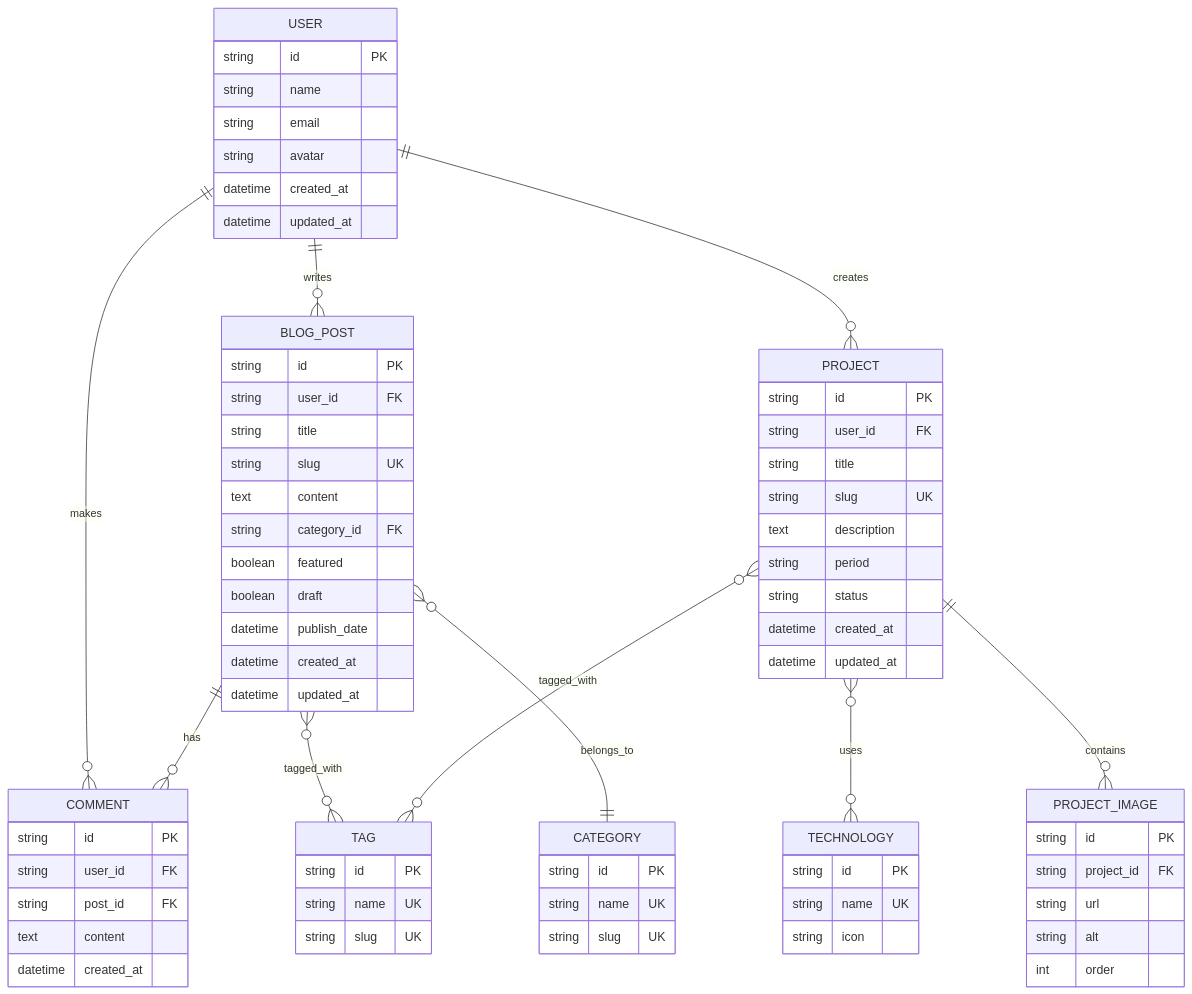
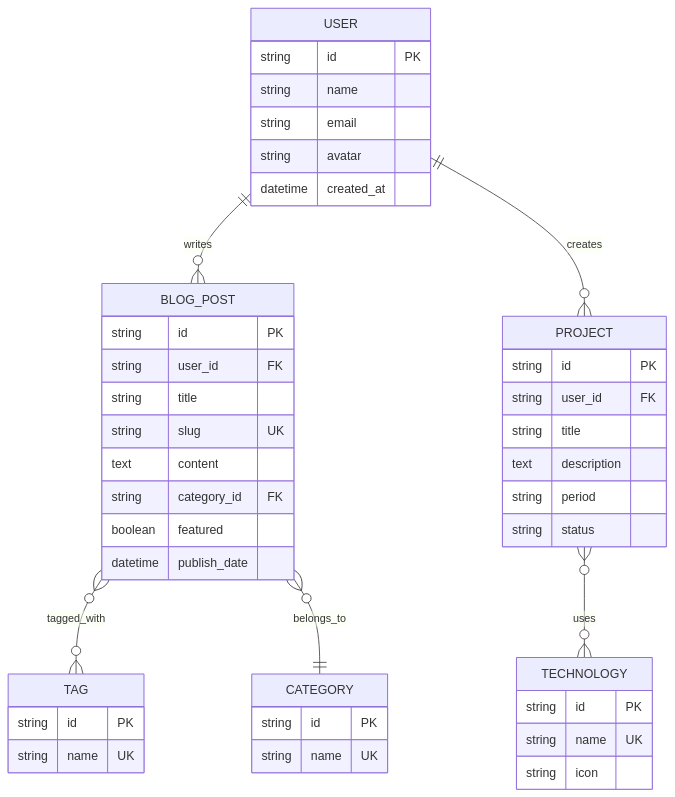
The sixth of 10 diagrams in src/content/blog/mermaid-diagrams-software-development.mdx (nilushan/profile-astro), drawn with Mermaid before and after one commit. The commit also changed other lines of this file and 1 other file, not shown here.

````diff
--- a/src/content/blog/mermaid-diagrams-software-development.mdx
+++ b/src/content/blog/mermaid-diagrams-software-development.mdx
@@ -319,15 +276,9 @@
 erDiagram
     USER ||--o{ BLOG_POST : writes
     USER ||--o{ PROJECT : creates
-    USER ||--o{ COMMENT : makes
-
-    BLOG_POST ||--o{ COMMENT : has
     BLOG_POST }o--o{ TAG : tagged_with
     BLOG_POST }o--|| CATEGORY : belongs_to
-
     PROJECT }o--o{ TECHNOLOGY : uses
-    PROJECT }o--o{ TAG : tagged_with
-    PROJECT ||--o{ PROJECT_IMAGE : contains
 
     USER {
         string id PK
@@ -335,7 +286,6 @@
         string email
         string avatar
         datetime created_at
-        datetime updated_at
     }
 
     BLOG_POST {
@@ -346,34 +296,26 @@
         text content
         string category_id FK
         boolean featured
-        boolean draft
         datetime publish_date
-        datetime created_at
-        datetime updated_at
     }
 
     PROJECT {
         string id PK
         string user_id FK
         string title
-        string slug UK
         text description
         string period
         string status
-        datetime created_at
-        datetime updated_at
     }
 
     TAG {
         string id PK
         string name UK
-        string slug UK
     }
 
     CATEGORY {
         string id PK
         string name UK
-        string slug UK
     }
 
     TECHNOLOGY {
@@ -381,20 +323,4 @@
         string name UK
         string icon
     }
-
-    COMMENT {
-        string id PK
-        string user_id FK
-        string post_id FK
-        text content
-        datetime created_at
-    }
-
-    PROJECT_IMAGE {
-        string id PK
-        string project_id FK
-        string url
-        string alt
-        int order
-    }
 ```
````
